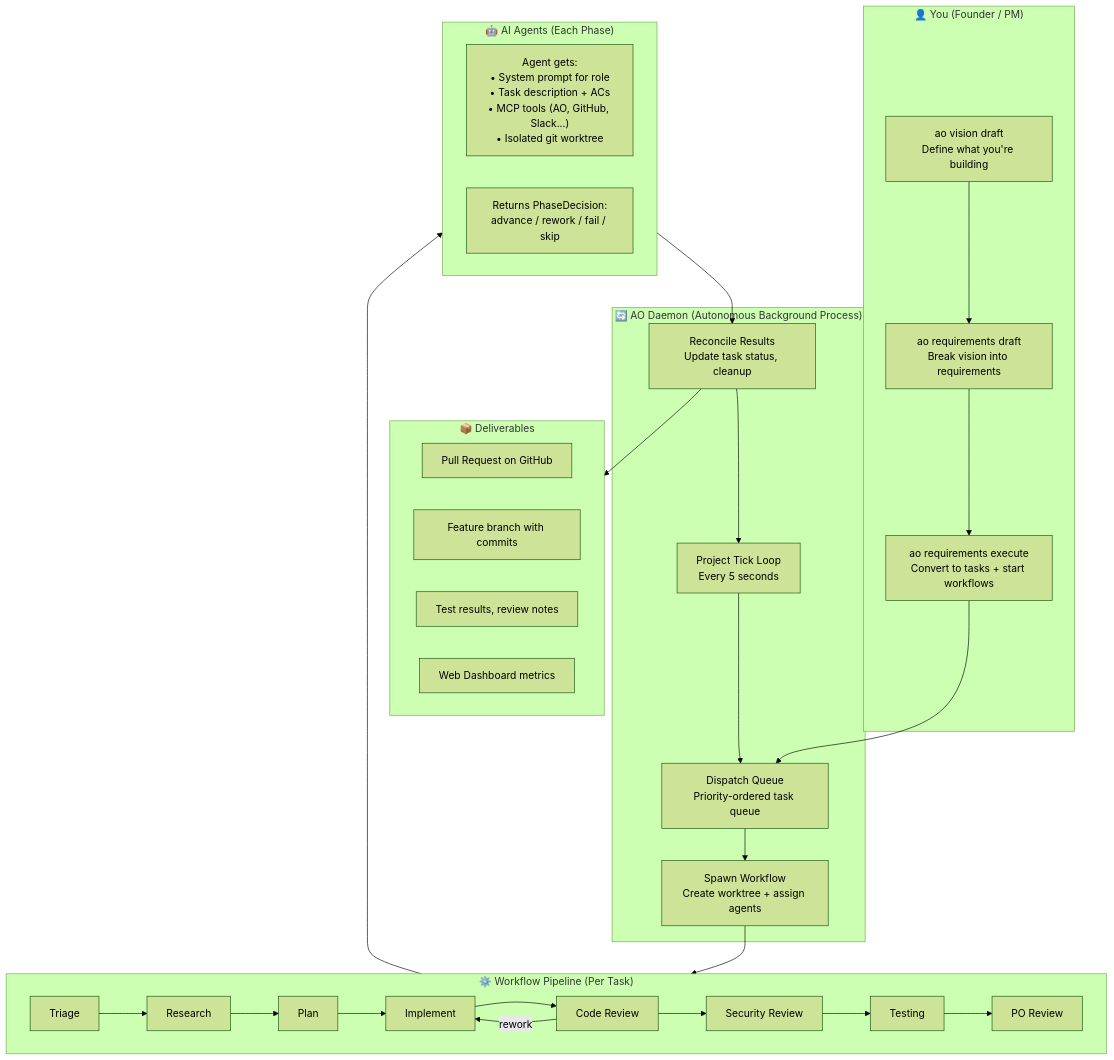
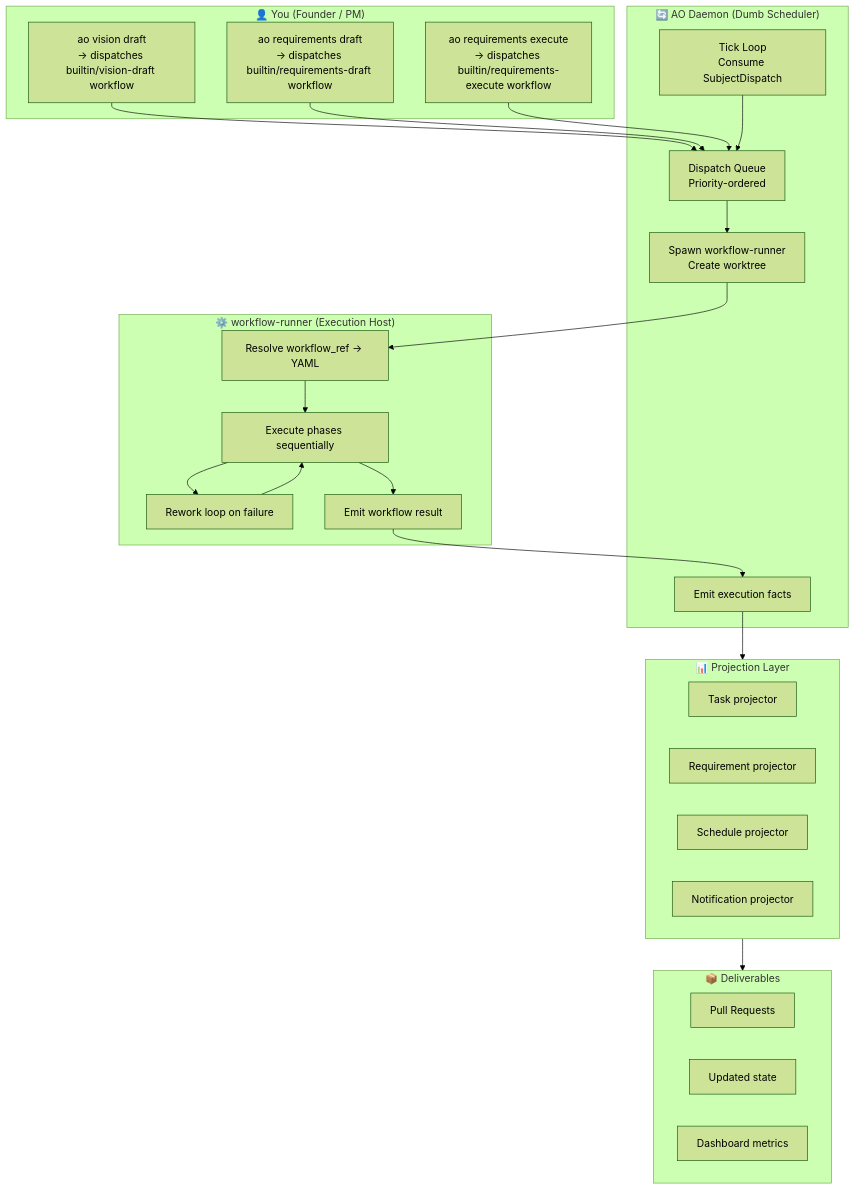
One commit to launchapp-dev/ao-cli changed the second of 12 diagrams in docs/how-ao-works.md. Above: the diagram before and after it, drawn with Mermaid (forest theme). The commit also changed other lines of this file and 1 other file, not shown here.

First line of the commit message:
docs: define workflow-first CLI target architecture

````diff
--- a/docs/how-ao-works.md
+++ b/docs/how-ao-works.md
@@ -7,49 +43,49 @@
 ```mermaid
 flowchart TB
     subgraph YOU["👤 You (Founder / PM)"]
-        vision["ao vision draft<br/>Define what you're building"]
-        reqs["ao requirements draft<br/>Break vision into requirements"]
-        execute["ao requirements execute<br/>Convert to tasks + start workflows"]
+        vision["ao vision draft<br/>→ dispatches builtin/vision-draft workflow"]
+        reqs["ao requirements draft<br/>→ dispatches builtin/requirements-draft workflow"]
+        execute["ao requirements execute<br/>→ dispatches builtin/requirements-execute workflow"]
     end
 
-    subgraph DAEMON["🔄 AO Daemon (Autonomous Background Process)"]
-        tick["Project Tick Loop<br/>Every 5 seconds"]
-        queue["Dispatch Queue<br/>Priority-ordered task queue"]
-        spawn["Spawn Workflow<br/>Create worktree + assign agents"]
-        reconcile["Reconcile Results<br/>Update task status, cleanup"]
+    subgraph DAEMON["🔄 AO Daemon (Dumb Scheduler)"]
+        tick["Tick Loop<br/>Consume SubjectDispatch"]
+        queue["Dispatch Queue<br/>Priority-ordered"]
+        spawn["Spawn workflow-runner<br/>Create worktree"]
+        facts["Emit execution facts"]
     end
 
-    subgraph WORKFLOW["⚙️ Workflow Pipeline (Per Task)"]
-        direction LR
-        triage["Triage"] --> research["Research"]
-        research --> plan["Plan"]
-        plan --> impl["Implement"]
-        impl --> review["Code Review"]
-        review -->|rework| impl
-        review --> security["Security Review"]
-        security --> test["Testing"]
-        test --> po["PO Review"]
+    subgraph RUNNER["⚙️ workflow-runner (Execution Host)"]
+        resolve["Resolve workflow_ref → YAML"]
+        phases["Execute phases sequentially"]
+        rework["Rework loop on failure"]
+        result["Emit workflow result"]
     end
 
-    subgraph AGENTS["🤖 AI Agents (Each Phase)"]
-        agent["Agent gets:<br/>• System prompt for role<br/>• Task description + ACs<br/>• MCP tools (AO, GitHub, Slack...)<br/>• Isolated git worktree"]
-        decision["Returns PhaseDecision:<br/>advance / rework / fail / skip"]
+    subgraph PROJECTION["📊 Projection Layer"]
+        taskp["Task projector"]
+        reqp["Requirement projector"]
+        schedp["Schedule projector"]
+        notifp["Notification projector"]
     end
 
     subgraph OUTPUT["📦 Deliverables"]
-        pr["Pull Request on GitHub"]
-        branch["Feature branch with commits"]
-        artifacts["Test results, review notes"]
-        dashboard["Web Dashboard metrics"]
+        pr["Pull Requests"]
+        state["Updated state"]
+        metrics["Dashboard metrics"]
     end
 
-    vision --> reqs --> execute
+    vision --> queue
+    reqs --> queue
     execute --> queue
     tick --> queue
     queue --> spawn
-    spawn --> WORKFLOW
-    WORKFLOW --> AGENTS
-    AGENTS --> reconcile
-    reconcile --> tick
-    reconcile --> OUTPUT
+    spawn --> resolve
+    resolve --> phases
+    phases --> rework
+    rework --> phases
+    phases --> result
+    result --> facts
+    facts --> PROJECTION
+    PROJECTION --> OUTPUT
 ```
````
